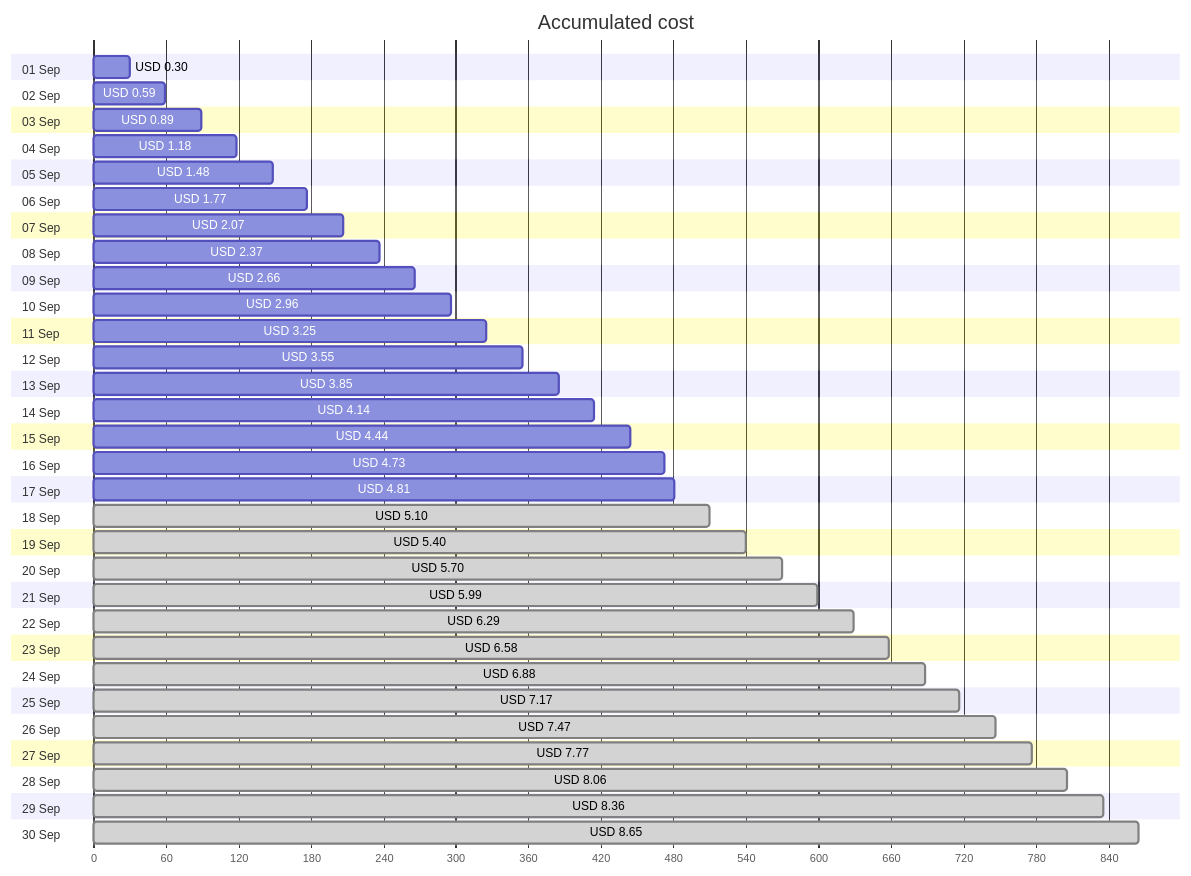
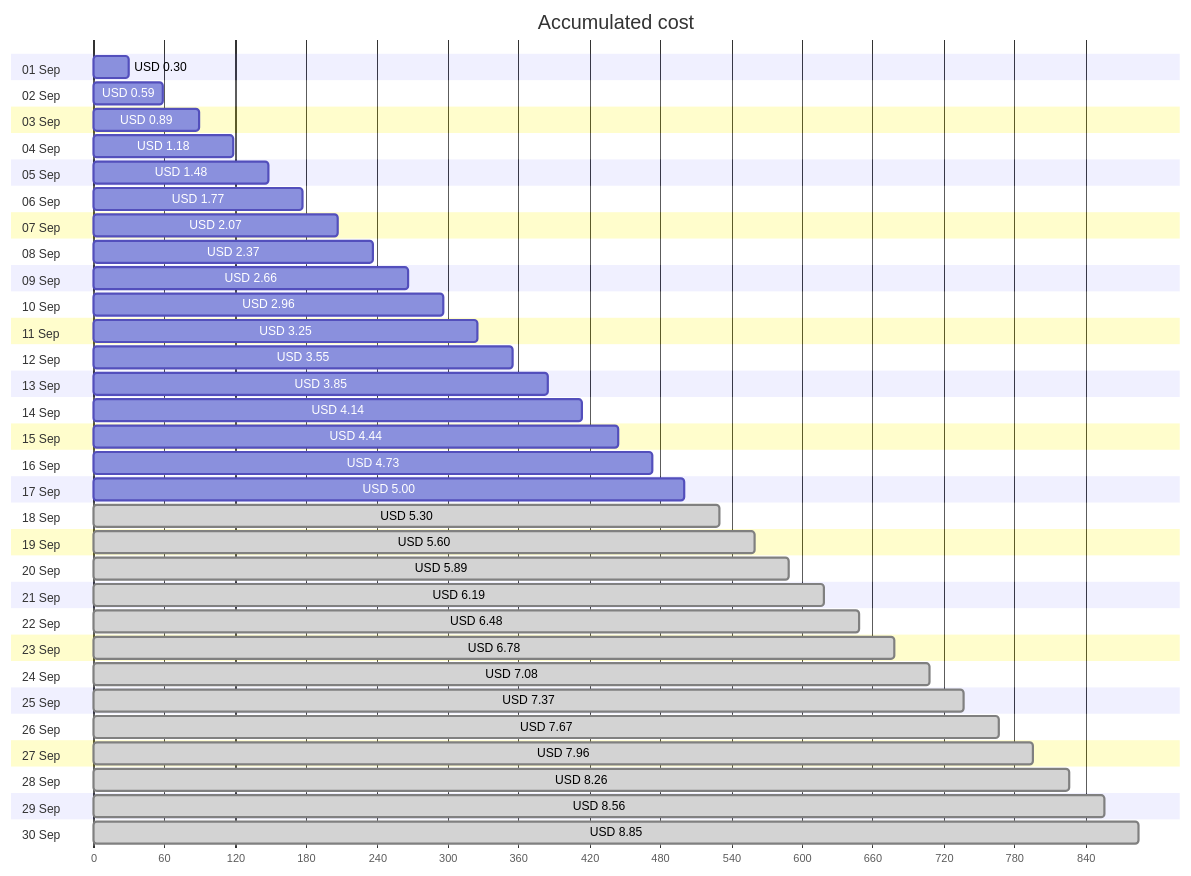
One commit to jpfulton/azure-personal-reports changed the first of 4 diagrams in cost-reports/personal-site/personal-site.md. Above: the diagram before and after it, drawn with Mermaid. The commit also changed other lines of this file and 7 other files, not shown here.

````diff
--- a/cost-reports/personal-site/personal-site.md
+++ b/cost-reports/personal-site/personal-site.md
@@ -20,66 +20,66 @@
 ```mermaid
 gantt
    title Accumulated cost
    dateFormat  X
    axisFormat %s
    section 01 Sep
    USD 0.30 :0, 30
    section 02 Sep
    USD 0.59 :0, 59
    section 03 Sep
    USD 0.89 :0, 89
    section 04 Sep
    USD 1.18 :0, 118
    section 05 Sep
    USD 1.48 :0, 148
    section 06 Sep
    USD 1.77 :0, 177
    section 07 Sep
    USD 2.07 :0, 207
    section 08 Sep
    USD 2.37 :0, 237
    section 09 Sep
    USD 2.66 :0, 266
    section 10 Sep
    USD 2.96 :0, 296
    section 11 Sep
    USD 3.25 :0, 325
    section 12 Sep
    USD 3.55 :0, 355
    section 13 Sep
    USD 3.85 :0, 385
    section 14 Sep
    USD 4.14 :0, 414
    section 15 Sep
    USD 4.44 :0, 444
    section 16 Sep
    USD 4.73 :0, 473
    section 17 Sep
-   USD 4.81 :0, 481
+   USD 5.00 :0, 500
    section 18 Sep
-   USD 5.10 : done, 0, 510
+   USD 5.30 : done, 0, 530
    section 19 Sep
-   USD 5.40 : done, 0, 540
+   USD 5.60 : done, 0, 560
    section 20 Sep
-   USD 5.70 : done, 0, 570
+   USD 5.89 : done, 0, 589
    section 21 Sep
-   USD 5.99 : done, 0, 599
+   USD 6.19 : done, 0, 619
    section 22 Sep
-   USD 6.29 : done, 0, 629
+   USD 6.48 : done, 0, 648
    section 23 Sep
-   USD 6.58 : done, 0, 658
+   USD 6.78 : done, 0, 678
    section 24 Sep
-   USD 6.88 : done, 0, 688
+   USD 7.08 : done, 0, 708
    section 25 Sep
-   USD 7.17 : done, 0, 717
+   USD 7.37 : done, 0, 737
    section 26 Sep
-   USD 7.47 : done, 0, 747
+   USD 7.67 : done, 0, 767
    section 27 Sep
-   USD 7.77 : done, 0, 777
+   USD 7.96 : done, 0, 796
    section 28 Sep
-   USD 8.06 : done, 0, 806
+   USD 8.26 : done, 0, 826
    section 29 Sep
-   USD 8.36 : done, 0, 836
+   USD 8.56 : done, 0, 856
    section 30 Sep
-   USD 8.65 : done, 0, 865
+   USD 8.85 : done, 0, 885
 ```
````
